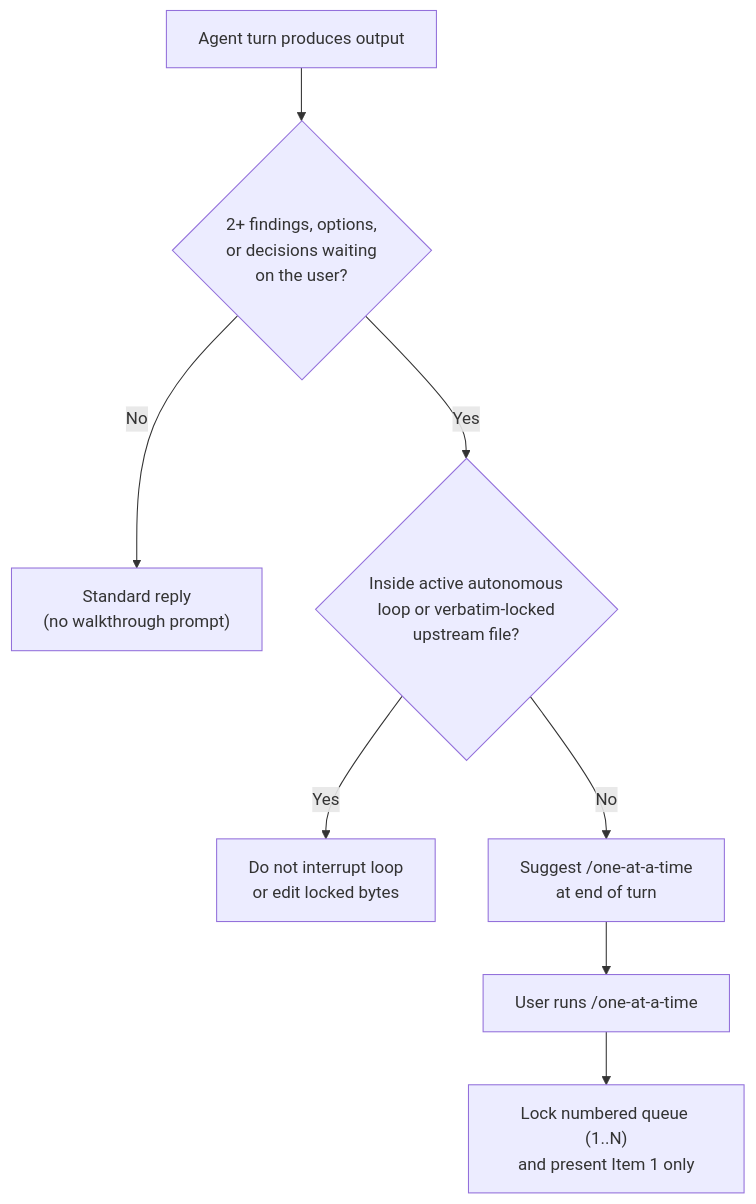
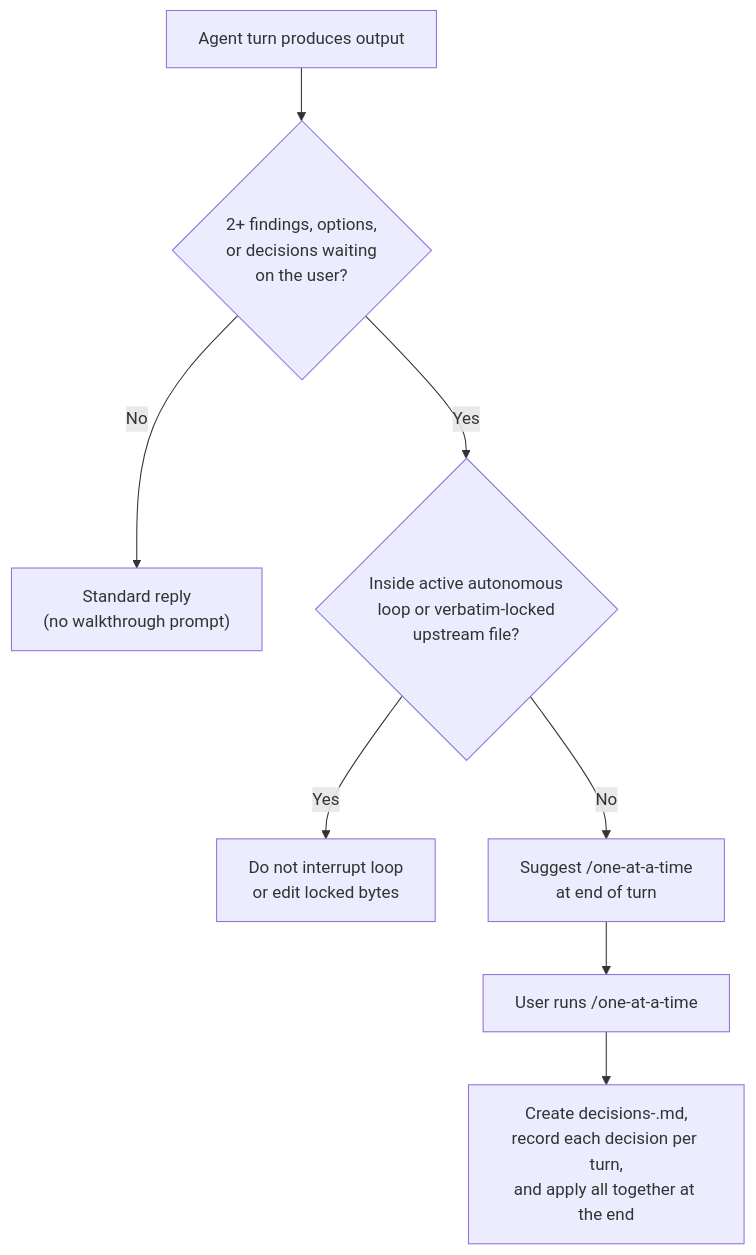
The diagram in docs/research/one-at-a-time-skill-wiring.md (PhillipChaffee/.agents), drawn with Mermaid before and after one commit. The commit also changed 6 other files, not shown here.

Commit message:
feat(one-at-a-time): record decisions in Markdown file and apply all at the end

````diff
--- a/docs/research/one-at-a-time-skill-wiring.md
+++ b/docs/research/one-at-a-time-skill-wiring.md
@@ -15,10 +15,10 @@
 ```mermaid
 flowchart TD
     TurnEnd["Agent turn produces output"] --> IsMulti{"2+ findings, options,\nor decisions waiting\non the user?"}
     IsMulti -->|No| NormalReply["Standard reply\n(no walkthrough prompt)"]
     IsMulti -->|Yes| IsAuto{"Inside active autonomous\nloop or verbatim-locked\nupstream file?"}
     IsAuto -->|Yes| SkipWire["Do not interrupt loop\nor edit locked bytes"]
     IsAuto -->|No| SuggestSkill["Suggest /one-at-a-time\nat end of turn"]
     SuggestSkill --> UserInvokes["User runs /one-at-a-time"]
-    UserInvokes --> QueueLock["Lock numbered queue (1..N)\nand present Item 1 only"]
+    UserInvokes --> QueueLock["Create decisions-<slug>.md,\nrecord each decision per turn,\nand apply all together at the end"]
 ```
````
